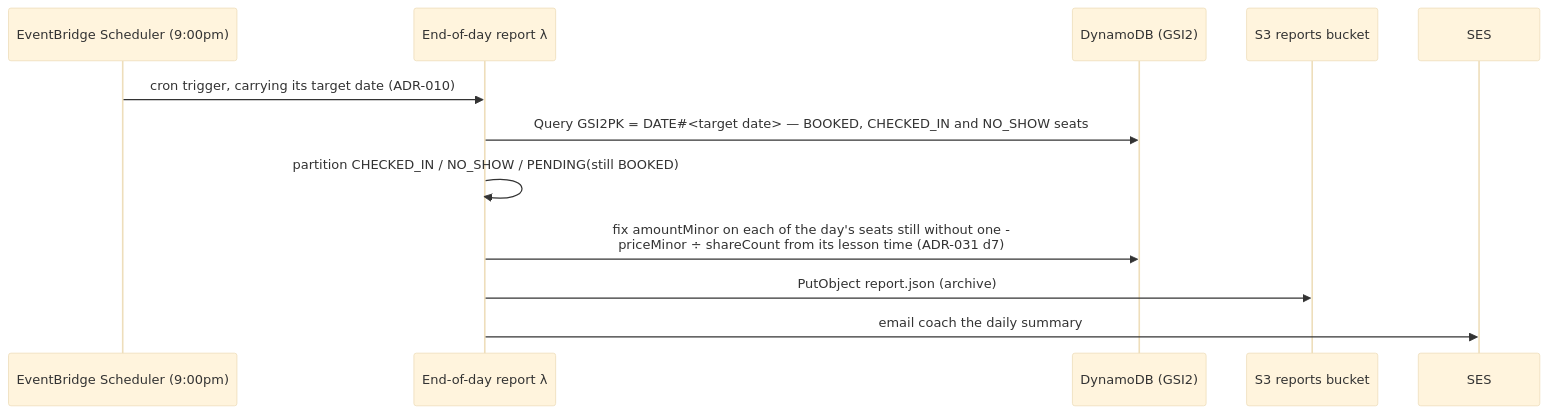
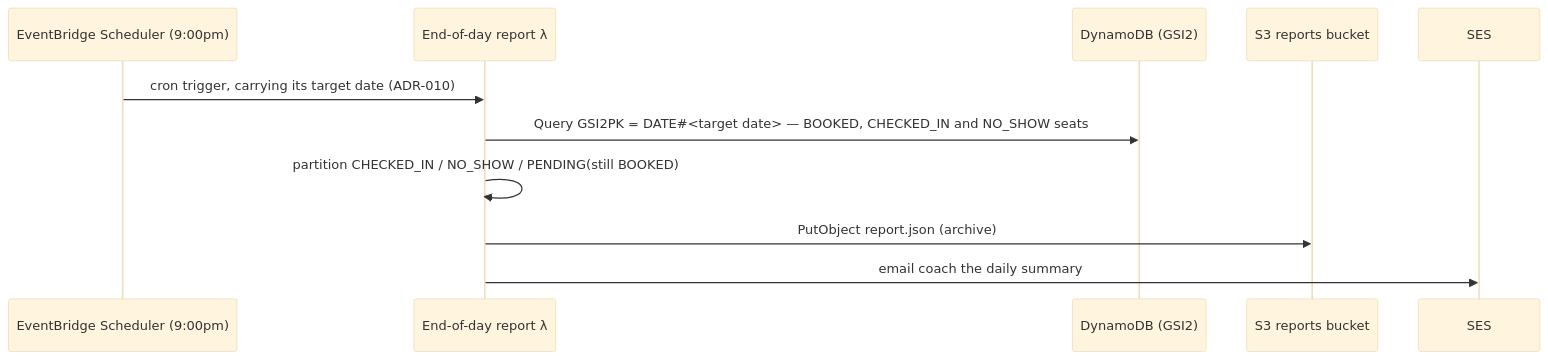
Diagram 13 of 28 in docs/architecture.md (jessicamvega6/bladebook), drawn with Mermaid (base theme) before and after one commit. The commit also changed other lines of this file and 30 other files, not shown here.

````diff
--- a/docs/architecture.md
+++ b/docs/architecture.md
@@ -1003,14 +1002,13 @@
 ```mermaid
 sequenceDiagram
     participant Sch as EventBridge Scheduler (9:00pm)
     participant Rep as End-of-day report λ
     participant DB as DynamoDB (GSI2)
     participant S3 as S3 reports bucket
     participant SES as SES
     Sch->>Rep: cron trigger, carrying its target date (ADR-010)
     Rep->>DB: Query GSI2PK = DATE#35;<target date> — BOOKED, CHECKED_IN and NO_SHOW seats
     Rep->>Rep: partition CHECKED_IN / NO_SHOW / PENDING(still BOOKED)
-    Rep->>DB: fix amountMinor on each of the day's seats still without one -<br/>priceMinor ÷ shareCount from its lesson time (ADR-031 d7)
     Rep->>S3: PutObject report.json (archive)
     Rep->>SES: email coach the daily summary
 ```
````
